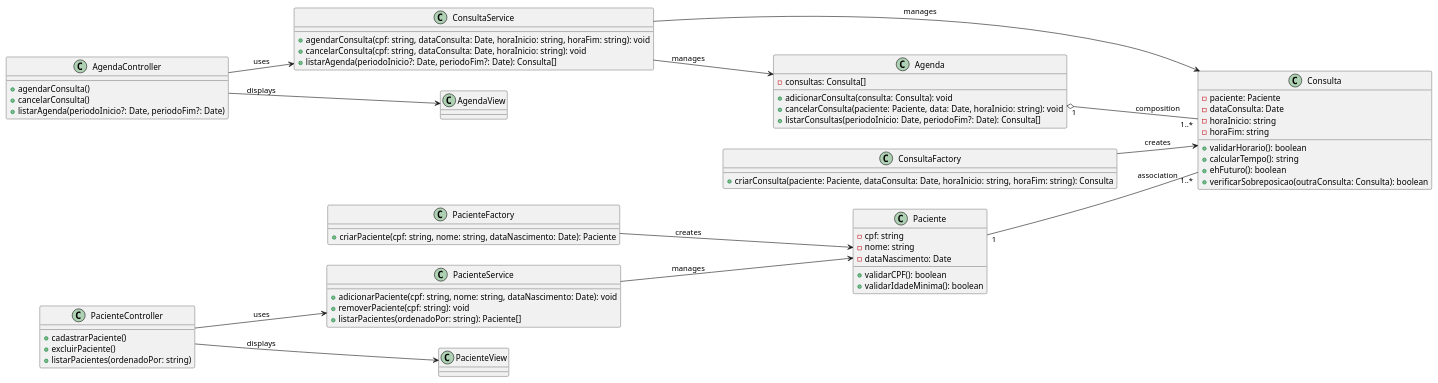
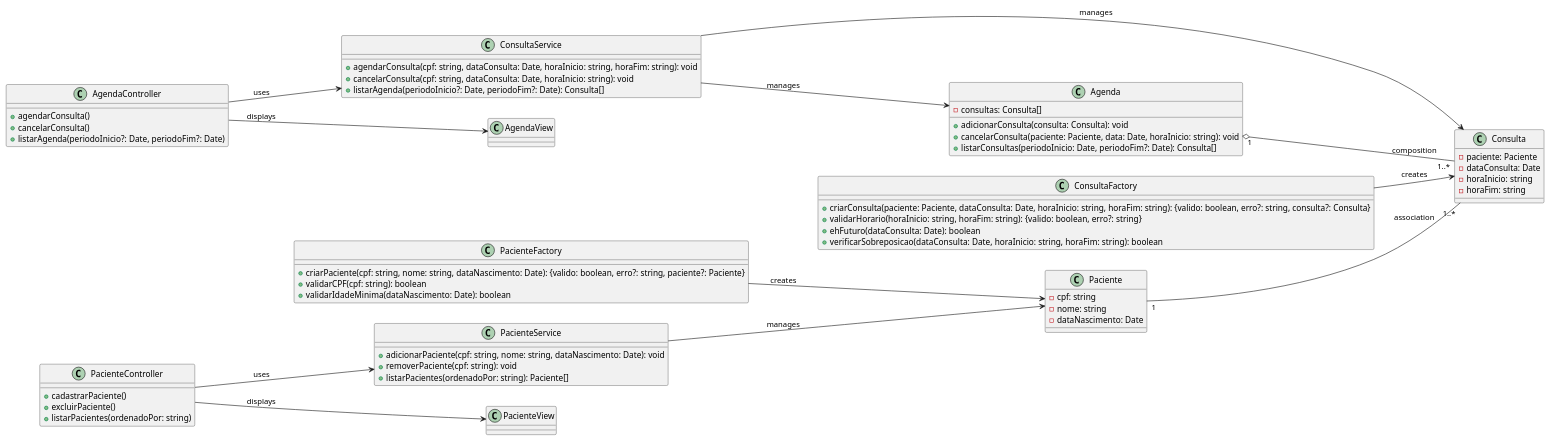
The diagram in diagrama_de_classes/diagrama_de_classes.PlantUML (gusmrtns/agenda-consultorio-odontologico), drawn with PlantUML before and after one commit. The commit also changed 7 other files, not shown here.

```diff
--- a/diagrama_de_classes/diagrama_de_classes.PlantUML
+++ b/diagrama_de_classes/diagrama_de_classes.PlantUML
@@ -1,81 +1,80 @@
 @startuml
 left to right direction
 
 class Paciente {
     - cpf: string
     - nome: string
     - dataNascimento: Date
-    + validarCPF(): boolean
-    + validarIdadeMinima(): boolean
 }
 
 class Consulta {
     - paciente: Paciente
     - dataConsulta: Date
     - horaInicio: string
     - horaFim: string
-    + validarHorario(): boolean
-    + calcularTempo(): string
-    + ehFuturo(): boolean
-    + verificarSobreposicao(outraConsulta: Consulta): boolean
 }
 
 class Agenda {
     - consultas: Consulta[]
     + adicionarConsulta(consulta: Consulta): void
     + cancelarConsulta(paciente: Paciente, data: Date, horaInicio: string): void
     + listarConsultas(periodoInicio: Date, periodoFim?: Date): Consulta[]
 }
 
 class PacienteFactory {
-    + criarPaciente(cpf: string, nome: string, dataNascimento: Date): Paciente
+    + criarPaciente(cpf: string, nome: string, dataNascimento: Date): {valido: boolean, erro?: string, paciente?: Paciente}
+    + validarCPF(cpf: string): boolean
+    + validarIdadeMinima(dataNascimento: Date): boolean
 }
 
 class ConsultaFactory {
-    + criarConsulta(paciente: Paciente, dataConsulta: Date, horaInicio: string, horaFim: string): Consulta
+    + criarConsulta(paciente: Paciente, dataConsulta: Date, horaInicio: string, horaFim: string): {valido: boolean, erro?: string, consulta?: Consulta}
+    + validarHorario(horaInicio: string, horaFim: string): {valido: boolean, erro?: string}
+    + ehFuturo(dataConsulta: Date): boolean
+    + verificarSobreposicao(dataConsulta: Date, horaInicio: string, horaFim: string): boolean
 }
 
 class PacienteService {
     + adicionarPaciente(cpf: string, nome: string, dataNascimento: Date): void
     + removerPaciente(cpf: string): void
     + listarPacientes(ordenadoPor: string): Paciente[]
 }
 
 class ConsultaService {
     + agendarConsulta(cpf: string, dataConsulta: Date, horaInicio: string, horaFim: string): void
     + cancelarConsulta(cpf: string, dataConsulta: Date, horaInicio: string): void
     + listarAgenda(periodoInicio?: Date, periodoFim?: Date): Consulta[]
 }
 
 class PacienteController {
     + cadastrarPaciente()
     + excluirPaciente()
     + listarPacientes(ordenadoPor: string)
 }
 
 class AgendaController {
     + agendarConsulta()
     + cancelarConsulta()
     + listarAgenda(periodoInicio?: Date, periodoFim?: Date)
 }
 
 class PacienteView
 class AgendaView
 
 Paciente "1" -- "1..*" Consulta : association
 Agenda "1" o-- "1..*" Consulta : composition
 
 PacienteFactory --> Paciente : creates
 ConsultaFactory --> Consulta : creates
 
 PacienteService --> Paciente : manages
 ConsultaService --> Consulta : manages
 ConsultaService --> Agenda : manages
 
 PacienteController --> PacienteService : uses
 AgendaController --> ConsultaService : uses
 
 PacienteController --> PacienteView : displays
 AgendaController --> AgendaView : displays
 
 @enduml
```
